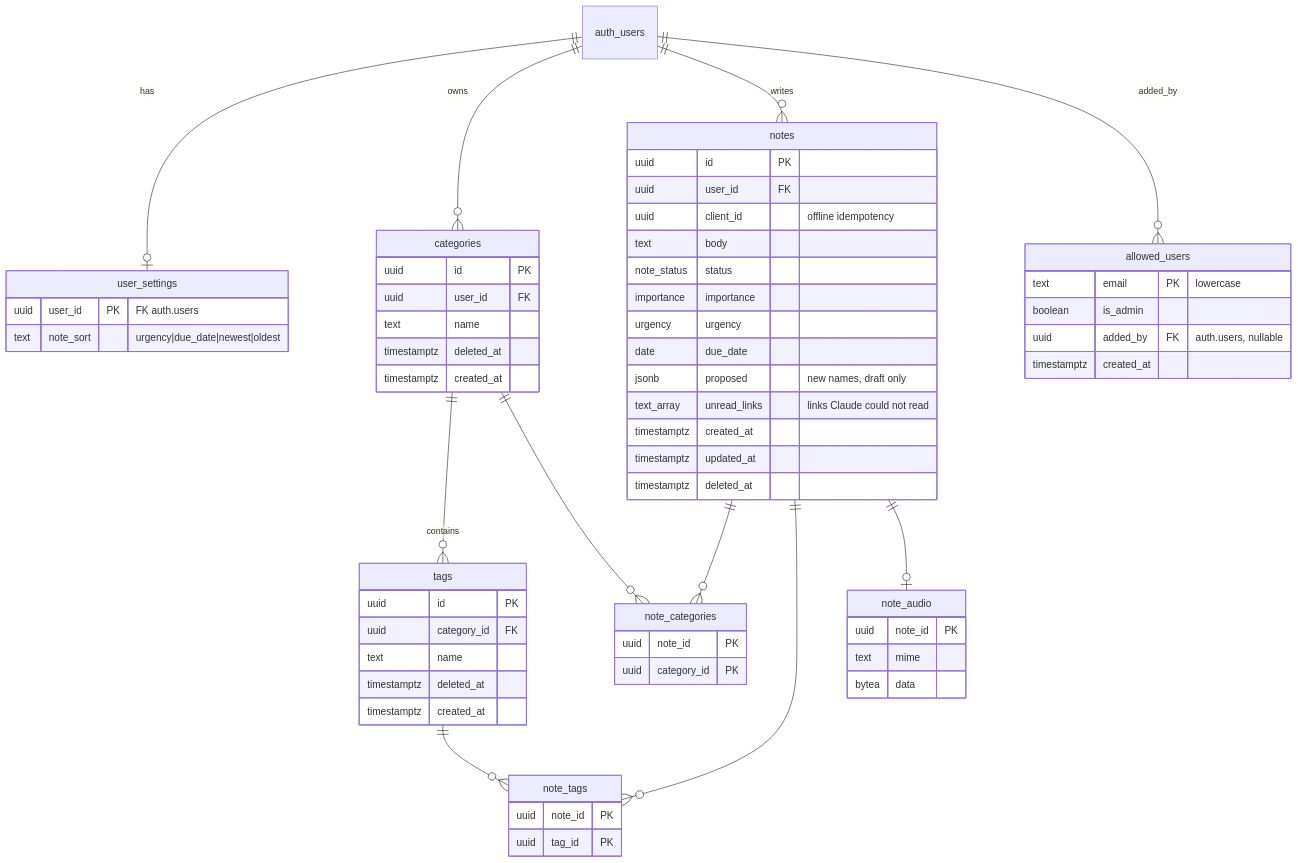
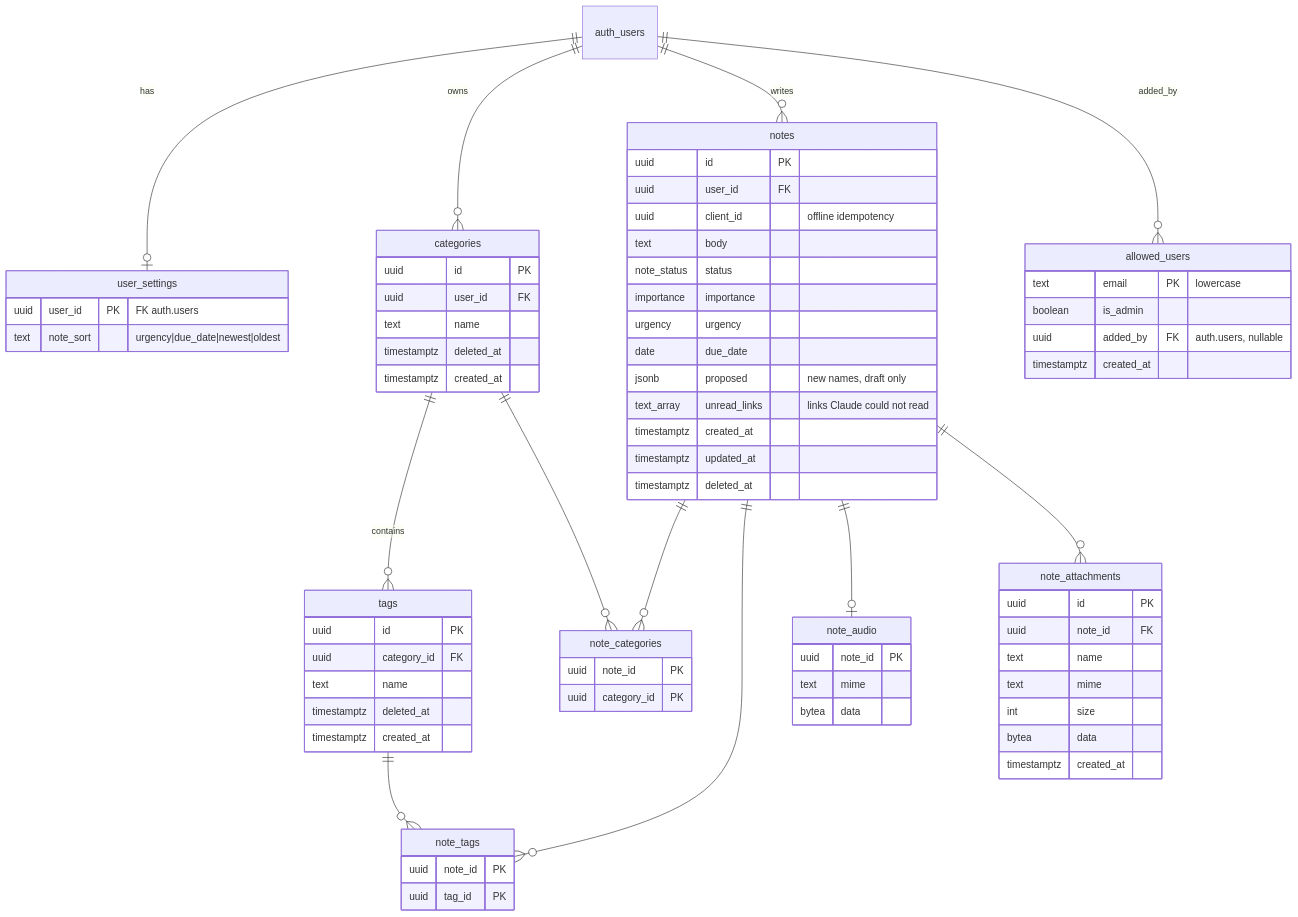
Before and after one commit to droruri/notes-organizer: the diagram in docs/plan.md, drawn with Mermaid. The commit also changed other lines of this file and 31 other files, not shown here.

````diff
--- a/docs/plan.md
+++ b/docs/plan.md
@@ -129,21 +129,23 @@
 ```mermaid
 erDiagram
   auth_users ||--o| user_settings : has
   auth_users ||--o{ categories : owns
   categories ||--o{ tags : contains
   auth_users ||--o{ notes : writes
   notes ||--o{ note_categories : ""
   categories ||--o{ note_categories : ""
   notes ||--o{ note_tags : ""
   tags ||--o{ note_tags : ""
   notes ||--o| note_audio : ""
+  notes ||--o{ note_attachments : ""
   auth_users ||--o{ allowed_users : "added_by"
   user_settings { uuid user_id PK "FK auth.users" text note_sort "urgency|due_date|newest|oldest" }
   categories { uuid id PK uuid user_id FK text name timestamptz deleted_at timestamptz created_at }
   tags { uuid id PK uuid category_id FK text name timestamptz deleted_at timestamptz created_at }
   notes { uuid id PK uuid user_id FK uuid client_id "offline idempotency" text body note_status status importance importance urgency urgency date due_date jsonb proposed "new names, draft only" text_array unread_links "links Claude could not read" timestamptz created_at timestamptz updated_at timestamptz deleted_at }
   note_categories { uuid note_id PK uuid category_id PK }
   note_tags { uuid note_id PK uuid tag_id PK }
   note_audio { uuid note_id PK text mime bytea data }
+  note_attachments { uuid id PK uuid note_id FK text name text mime int size bytea data timestamptz created_at }
   allowed_users { text email PK "lowercase" boolean is_admin uuid added_by FK "auth.users, nullable" timestamptz created_at }
 ```
````
